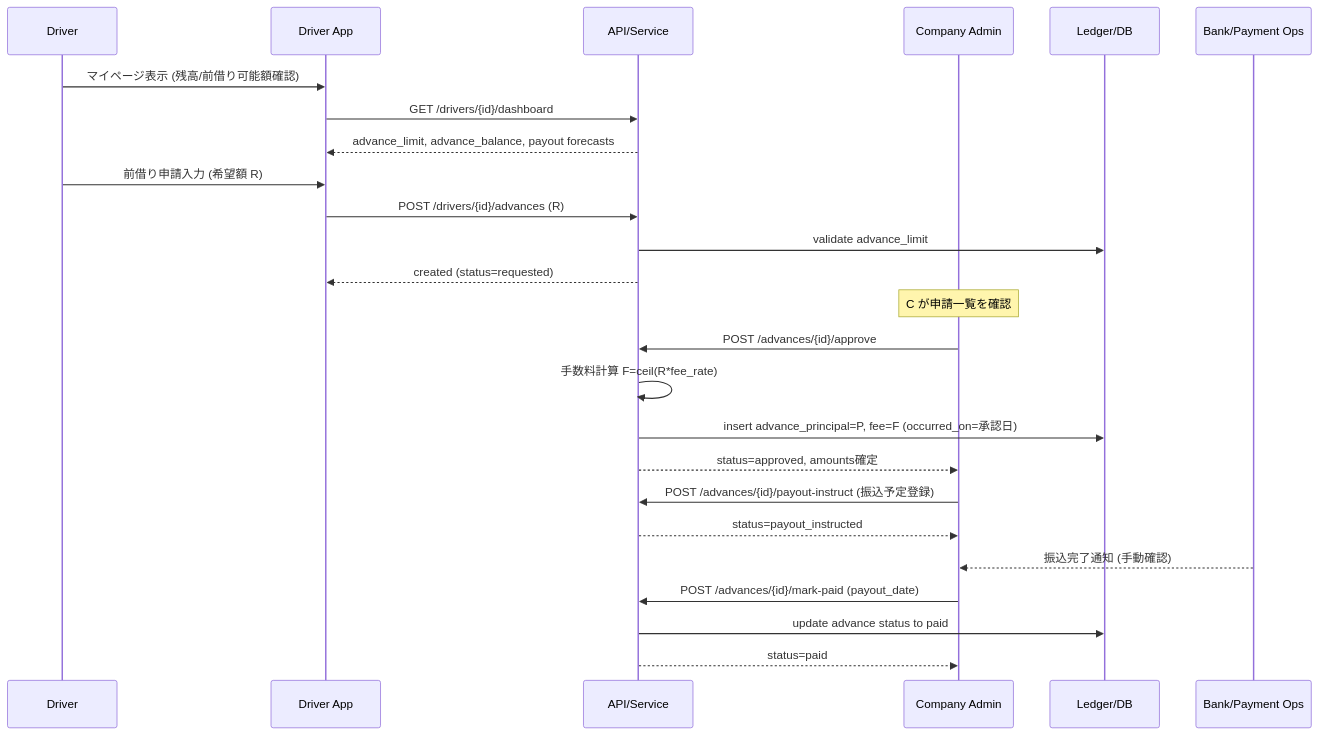
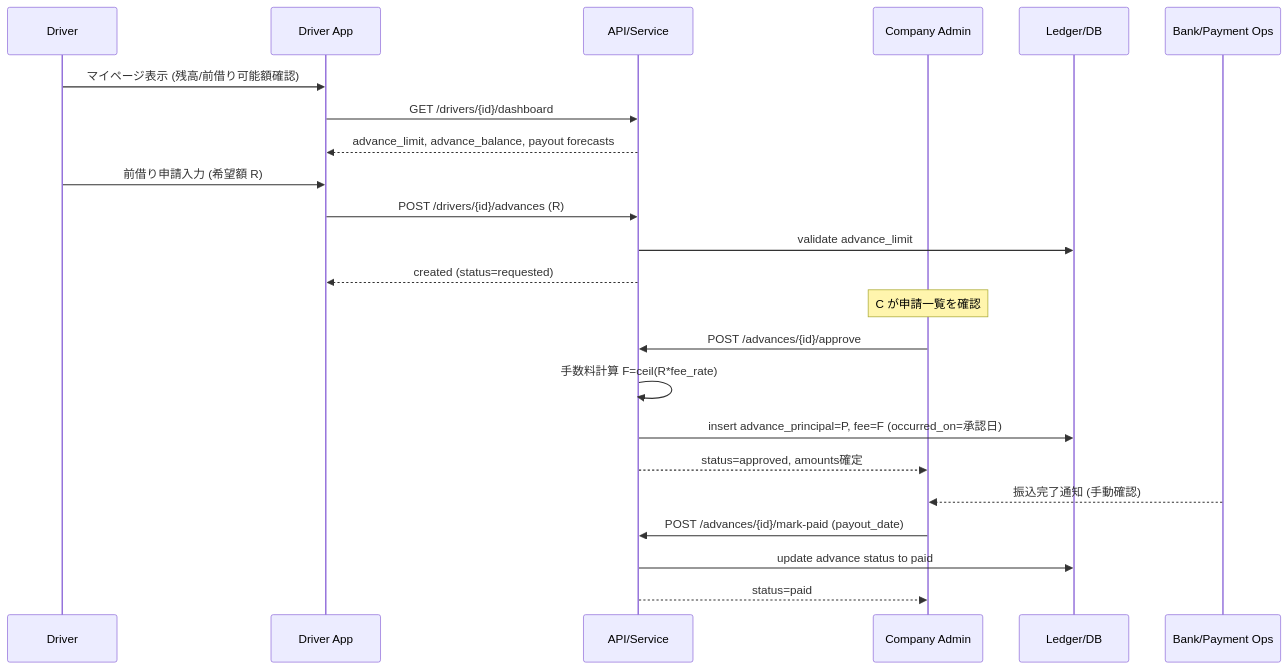
The diagram in docs/diagrams/sequence_advance_request_flow.md (hilty8/driver-advance-accounting), drawn with Mermaid before and after one commit. The commit also changed other lines of this file and 19 other files, not shown here.

````diff
--- a/docs/diagrams/sequence_advance_request_flow.md
+++ b/docs/diagrams/sequence_advance_request_flow.md
@@ -8,32 +8,29 @@
 ```mermaid
 sequenceDiagram
     participant D as Driver
     participant App as Driver App
     participant API as API/Service
     participant C as Company Admin
     participant Ledger as Ledger/DB
     participant Bank as Bank/Payment Ops
 
     D->>App: マイページ表示 (残高/前借り可能額確認)
     App->>API: GET /drivers/{id}/dashboard
     API-->>App: advance_limit, advance_balance, payout forecasts
 
     D->>App: 前借り申請入力 (希望額 R)
     App->>API: POST /drivers/{id}/advances (R)
     API->>Ledger: validate advance_limit
     API-->>App: created (status=requested)
 
     Note over C: C が申請一覧を確認
     C->>API: POST /advances/{id}/approve
     API->>API: 手数料計算 F=ceil(R*fee_rate)
     API->>Ledger: insert advance_principal=P, fee=F (occurred_on=承認日)
     API-->>C: status=approved, amounts確定
 
-    C->>API: POST /advances/{id}/payout-instruct (振込予定登録)
-    API-->>C: status=payout_instructed
-
     Bank-->>C: 振込完了通知 (手動確認)
     C->>API: POST /advances/{id}/mark-paid (payout_date)
     API->>Ledger: update advance status to paid
     API-->>C: status=paid
 ```
````
